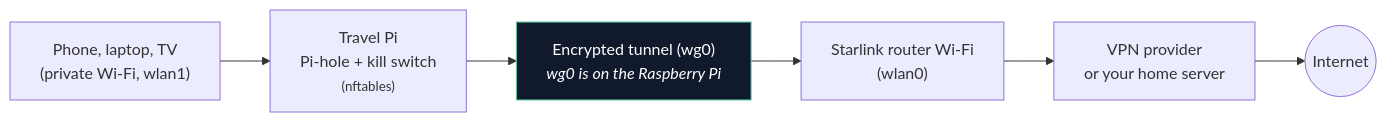
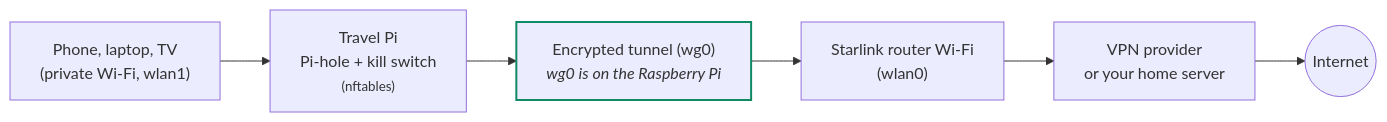
Before and after one commit to Tim-Conroy/RPi-Private-Router: the diagram in travel-vpn/README.md, drawn with Mermaid.

Commit message:
Match the tunnel box colors to the rest of the travel-vpn diagram
Claude-Session: https://claude.ai/code/session_013daKFzbU3RtHrbJ1UgRqF6

````diff
--- a/travel-vpn/README.md
+++ b/travel-vpn/README.md
@@ -5,9 +5,9 @@
 ```mermaid
 flowchart LR
     A["Phone, laptop, TV<br/>(private Wi-Fi, wlan1)"] --> B["Travel Pi<br/>Pi-hole + kill switch<br/><small>(nftables)</small>"]
     B --> T["Encrypted tunnel (wg0)<br/><i>wg0 is on the Raspberry Pi</i>"]
     T --> C["Starlink router Wi-Fi<br/>(wlan0)"]
     C --> D["VPN provider<br/>or your home server"]
     D --> E((Internet))
-    style T fill:#111a2c,stroke:#5fd3a4,color:#ffffff
+    style T stroke:#0f8a62,stroke-width:2px
 ```
````
